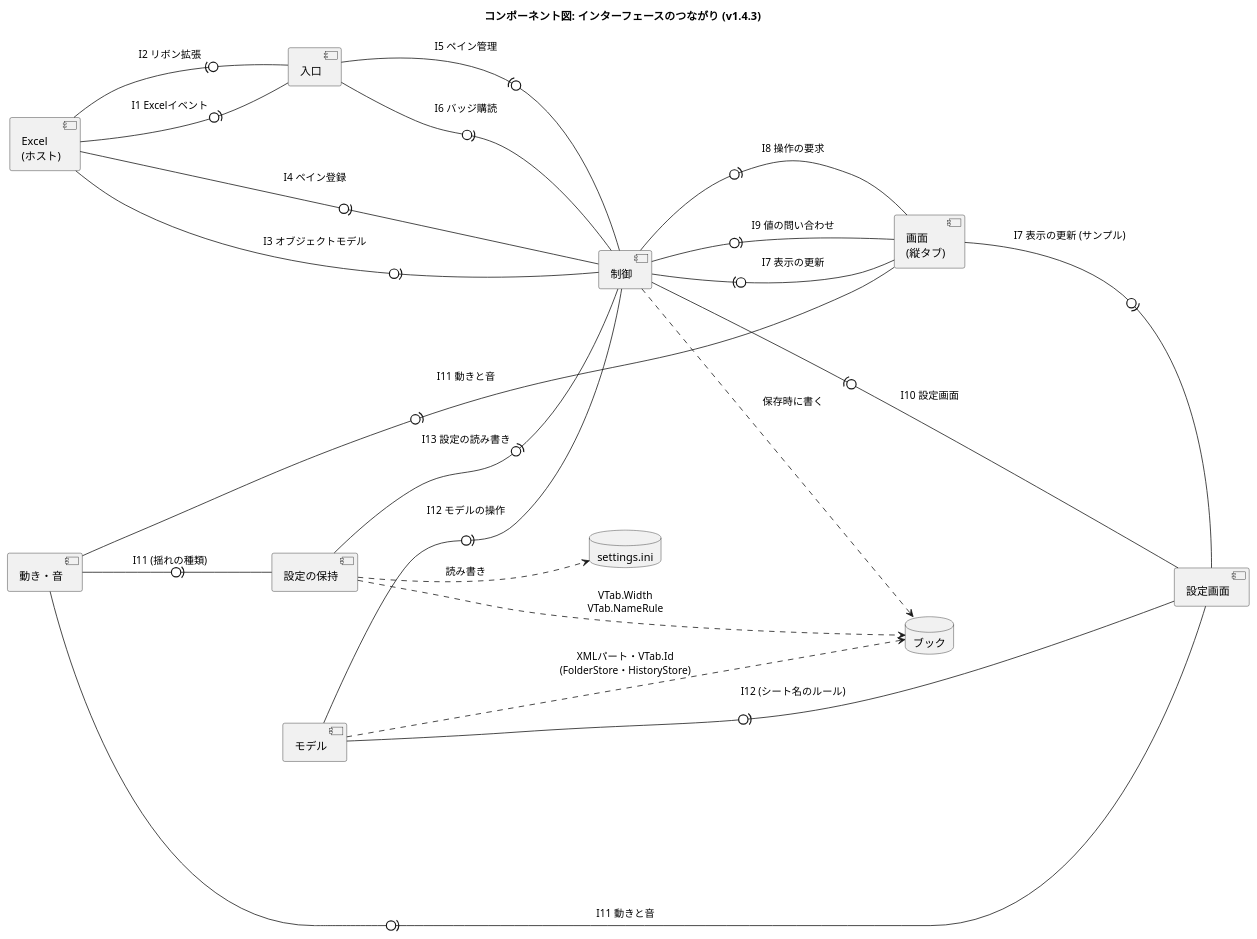
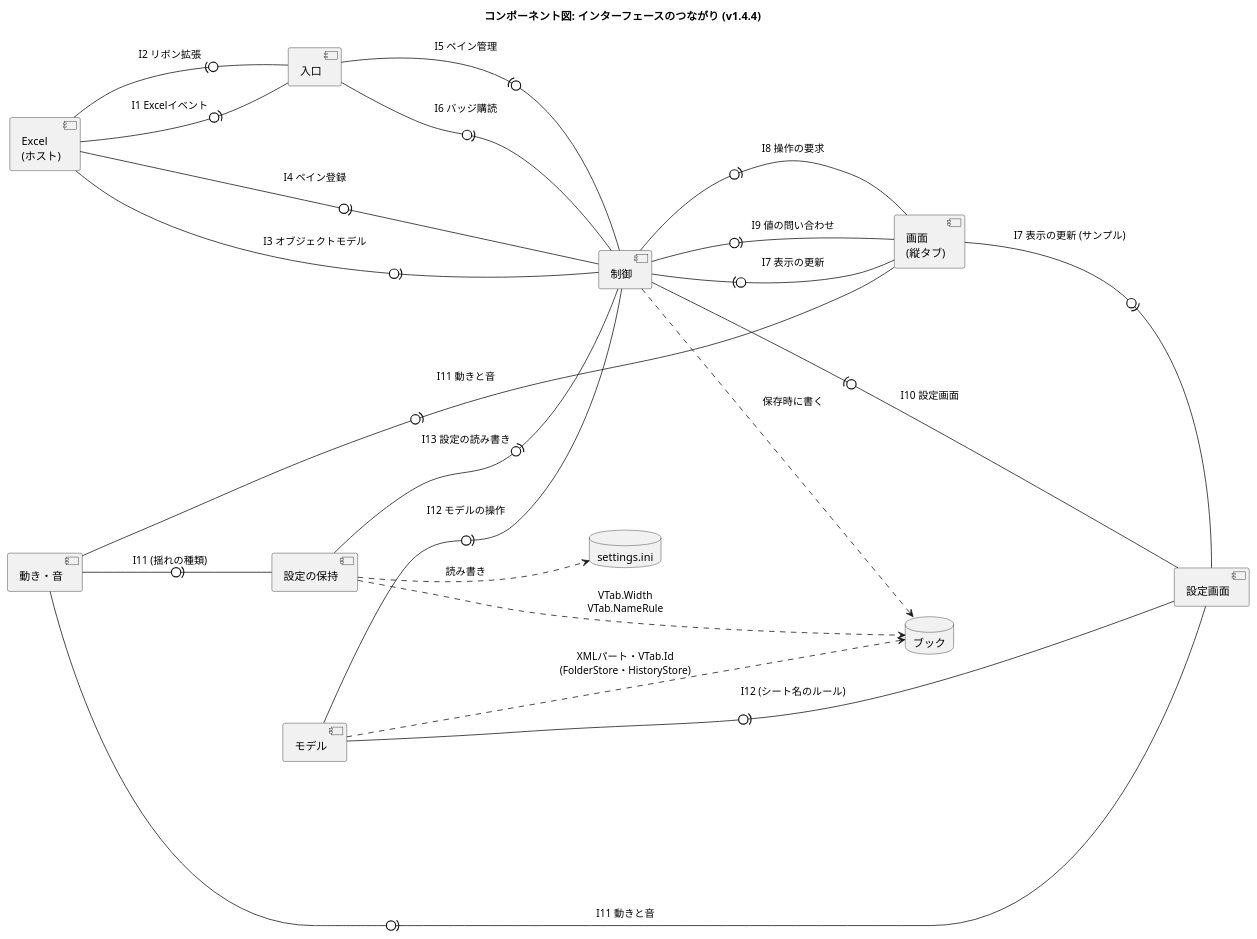
The diagram in docs/component-interface.puml (nk-taka623/VerticalSheetTabs), drawn with PlantUML before and after one commit. The commit also changed 14 other files, not shown here.

Commit message:
v1.4.4 にする (バージョン、README の変更点、設計図の版数)

```diff
--- a/docs/component-interface.puml
+++ b/docs/component-interface.puml
@@ -1,43 +1,43 @@
 @startuml
-title コンポーネント図: インターフェースのつながり (v1.4.3)
+title コンポーネント図: インターフェースのつながり (v1.4.4)
 left to right direction
 skinparam componentStyle uml2
 skinparam shadowing false
 skinparam nodesep 50
 skinparam ranksep 110
 
 component "Excel\n(ホスト)" as HOST
 component "入口" as ENTRY
 component "制御" as CTRL
 component "画面\n(縦タブ)" as VIEW
 component "設定画面" as SETTINGS
 component "動き・音" as FX
 component "モデル" as MODEL
 component "設定の保持" as CONFIG
 database "ブック" as BOOK
 database "settings.ini" as INI
 
 ' 「提供側 -0)- 利用側」: 丸が提供するインターフェース、受け口が利用 (I1 から I13 は、DEVELOPMENT.md の表)
 HOST -0)- ENTRY : I1 Excelイベント
 ENTRY -0)- HOST : I2 リボン拡張
 HOST -0)- CTRL : I3 オブジェクトモデル
 HOST -0)- CTRL : I4 ペイン登録
 CTRL -0)- ENTRY : I5 ペイン管理
 ENTRY -0)- CTRL : I6 バッジ購読
 VIEW -0)- CTRL : I7 表示の更新
 CTRL -0)- VIEW : I8 操作の要求
 CTRL -0)- VIEW : I9 値の問い合わせ
 SETTINGS -0)- CTRL : I10 設定画面
 VIEW -0)- SETTINGS : I7 表示の更新 (サンプル)
 FX -0)- VIEW : I11 動きと音
 FX -0)- SETTINGS : I11 動きと音
 FX -0)- CONFIG : I11 (揺れの種類)
 MODEL -0)- CTRL : I12 モデルの操作
 MODEL -0)- SETTINGS : I12 (シート名のルール)
 CONFIG -0)- CTRL : I13 設定の読み書き
 
 CTRL ..> BOOK : 保存時に書く
 MODEL ..> BOOK : XMLパート・VTab.Id\n(FolderStore・HistoryStore)
 CONFIG ..> BOOK : VTab.Width\nVTab.NameRule
 CONFIG ..> INI : 読み書き
 @enduml
```
